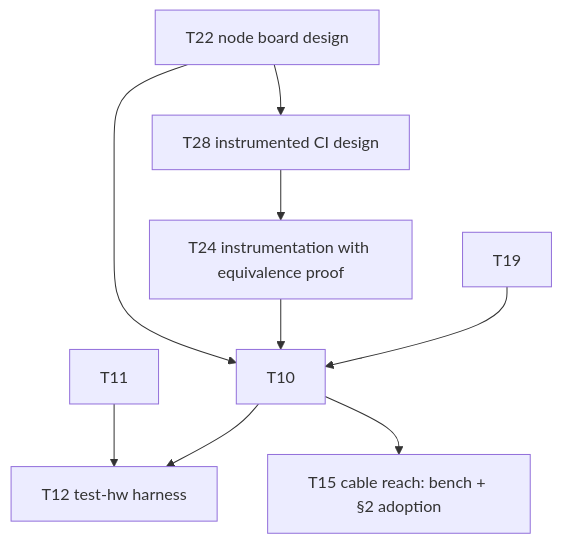
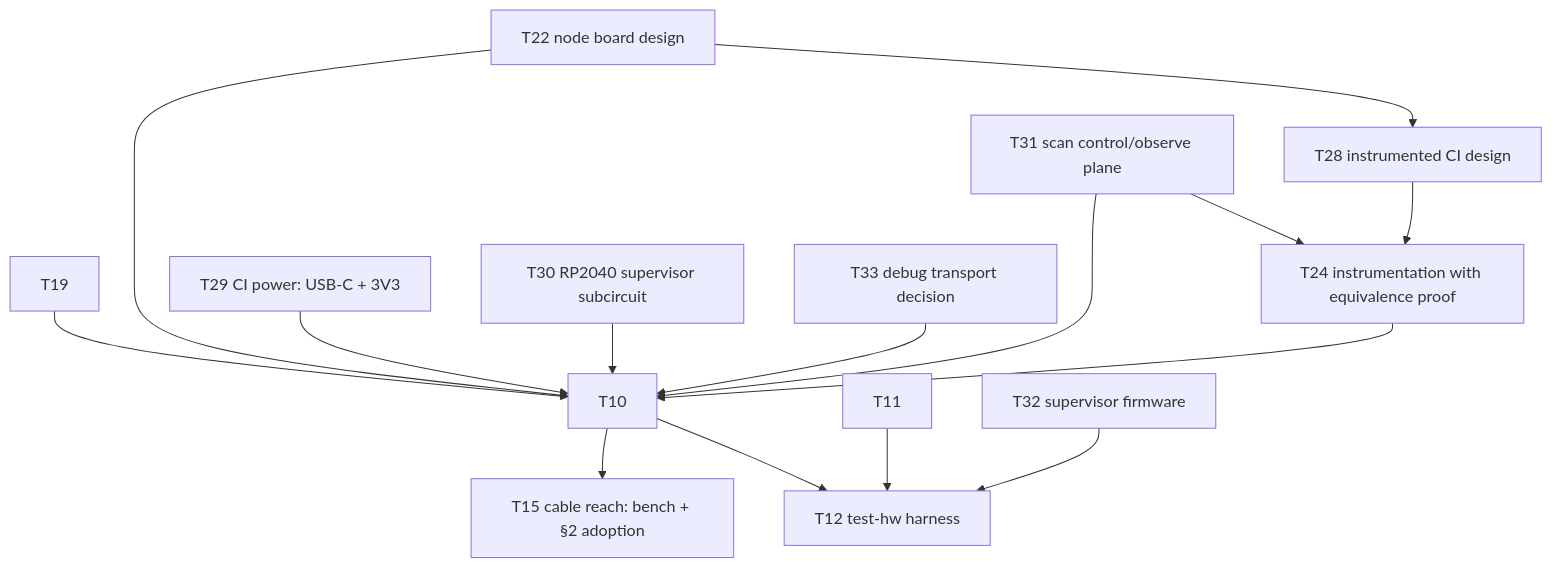
The diagram in KANBAN.md (kristofferkoch/oparroy), drawn with Mermaid before and after one commit. The commit also changed other lines of this file and 1 other file, not shown here.

First line of the commit message:
kanban: split CI board supervisor side into scoped cards

````diff
--- a/KANBAN.md
+++ b/KANBAN.md
@@ -34,11 +34,17 @@
 ```mermaid
 graph TD
     T19 --> T10
     T22 --> T28[T28 instrumented CI design]
     T28 --> T24[T24 instrumentation with equivalence proof]
     T24 --> T10
     T22[T22 node board design] --> T10
+    T31[T31 scan control/observe plane] --> T24
+    T29[T29 CI power: USB-C + 3V3] --> T10
+    T30[T30 RP2040 supervisor subcircuit] --> T10
+    T31 --> T10
+    T33[T33 debug transport decision] --> T10
     T10 --> T12[T12 test-hw harness]
     T10 --> T15[T15 cable reach: bench + §2 adoption]
     T11 --> T12
+    T32[T32 supervisor firmware] --> T12
 ```
````
